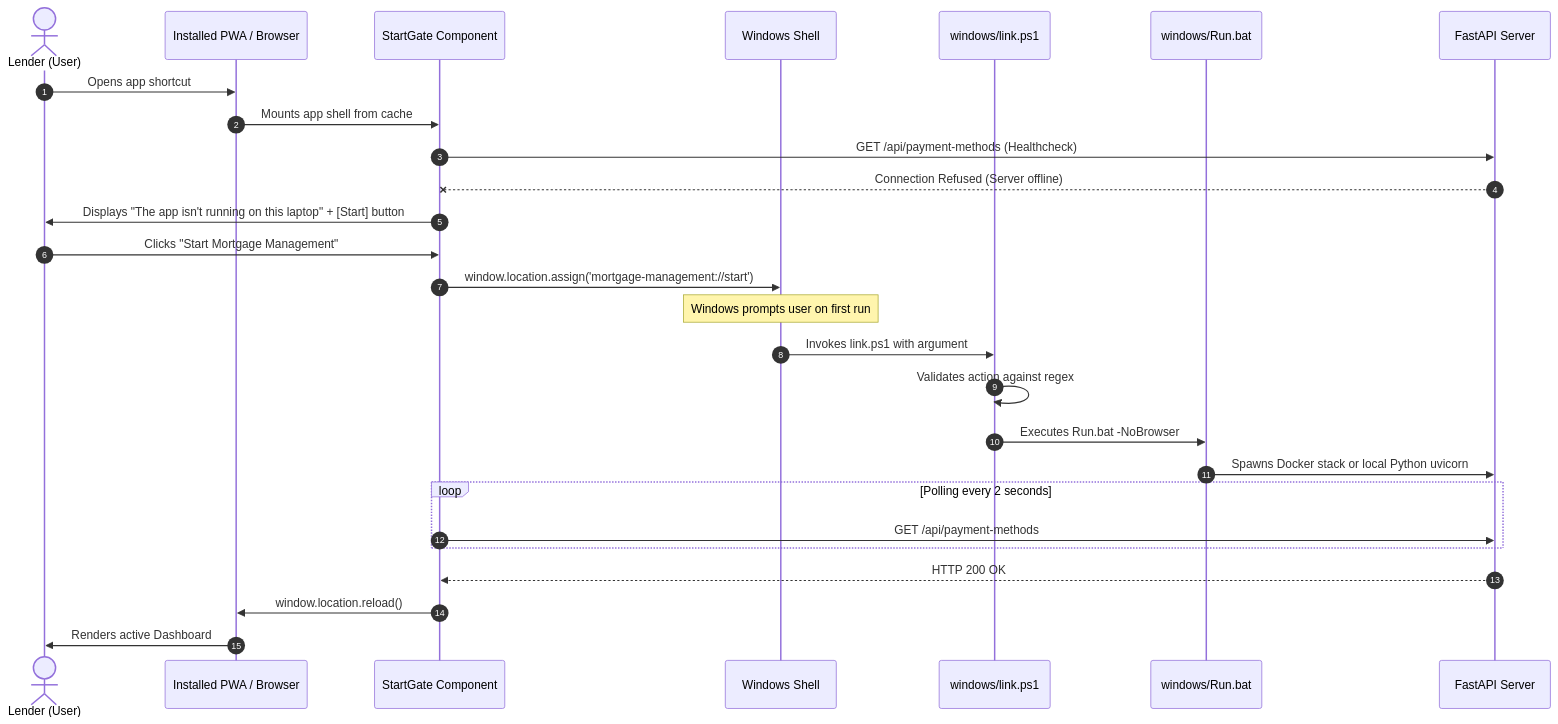
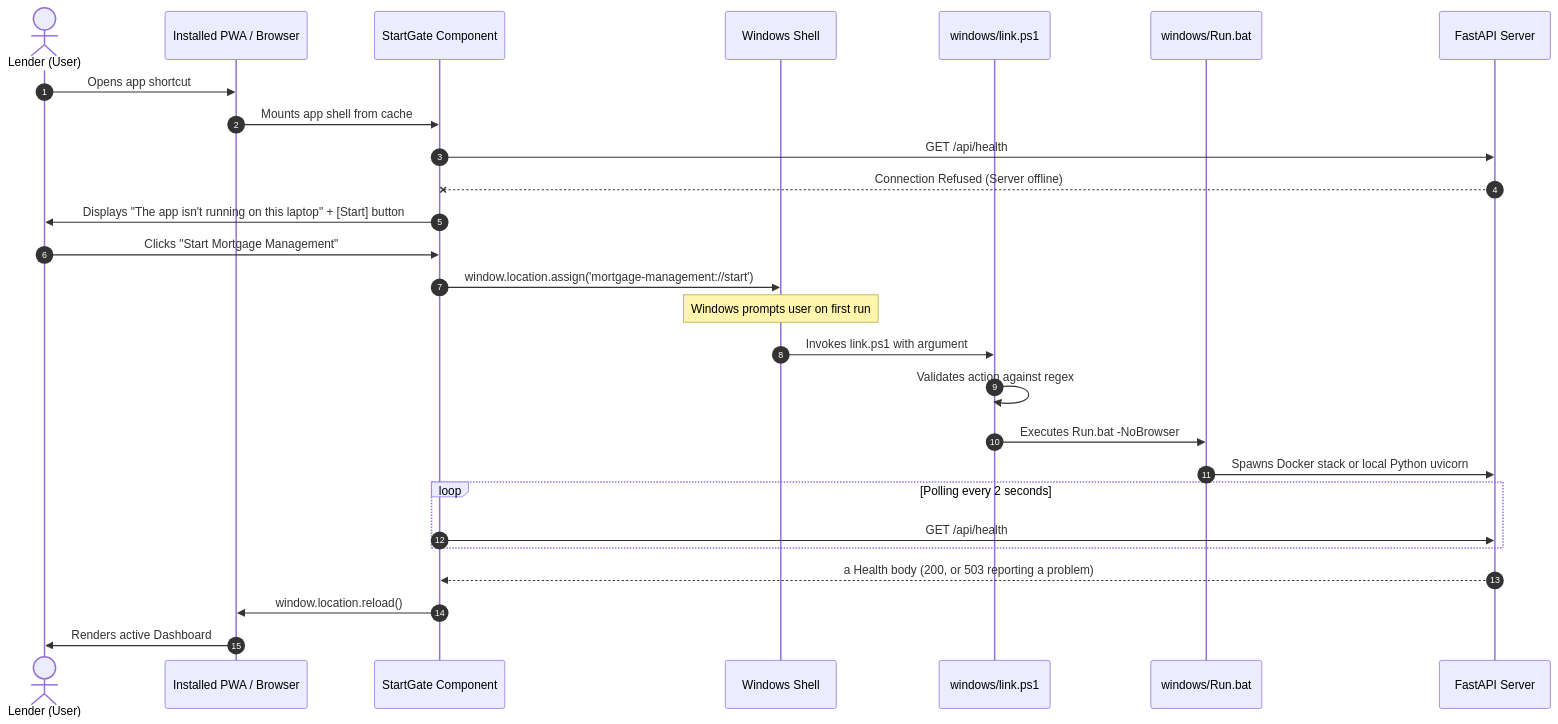
The fourth of 6 diagrams in Documentation/ARCHITECTURE.md (krucx/Mortgage-Management-App), drawn with Mermaid before and after one commit. The commit also changed 77 other files, not shown here.

First line of the commit message:
Architecture pass 8: frontend tests, closing draft, CI, Windows health probe (#629)

````diff
--- a/Documentation/ARCHITECTURE.md
+++ b/Documentation/ARCHITECTURE.md
@@ -360,30 +360,30 @@
 ```mermaid
 sequenceDiagram
     autonumber
     actor Lender as Lender (User)
     participant PWA as Installed PWA / Browser
     participant StartGate as StartGate Component
     participant OS as Windows Shell
     participant LinkScript as windows/link.ps1
     participant Launcher as windows/Run.bat
     participant Backend as FastAPI Server
 
     Lender->>PWA: Opens app shortcut
     PWA->>StartGate: Mounts app shell from cache
-    StartGate->>Backend: GET /api/payment-methods (Healthcheck)
+    StartGate->>Backend: GET /api/health
     Backend--xStartGate: Connection Refused (Server offline)
     StartGate->>Lender: Displays "The app isn't running on this laptop" + [Start] button
     Lender->>StartGate: Clicks "Start Mortgage Management"
     StartGate->>OS: window.location.assign('mortgage-management://start')
     Note over OS: Windows prompts user on first run
     OS->>LinkScript: Invokes link.ps1 with argument
     LinkScript->>LinkScript: Validates action against regex
     LinkScript->>Launcher: Executes Run.bat -NoBrowser
     Launcher->>Backend: Spawns Docker stack or local Python uvicorn
     loop Polling every 2 seconds
-        StartGate->>Backend: GET /api/payment-methods
+        StartGate->>Backend: GET /api/health
     end
-    Backend-->>StartGate: HTTP 200 OK
+    Backend-->>StartGate: a Health body (200, or 503 reporting a problem)
     StartGate->>PWA: window.location.reload()
     PWA->>Lender: Renders active Dashboard
 ```
````
